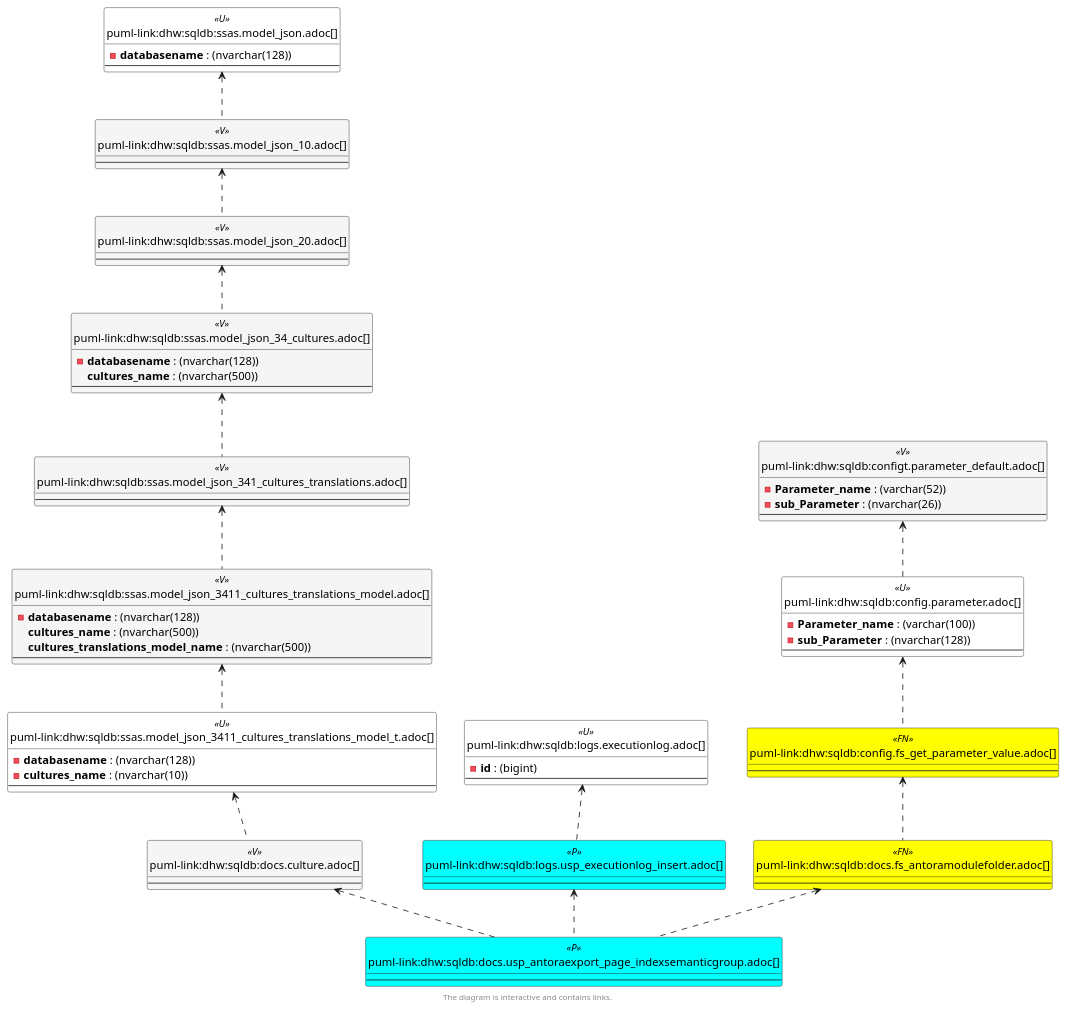
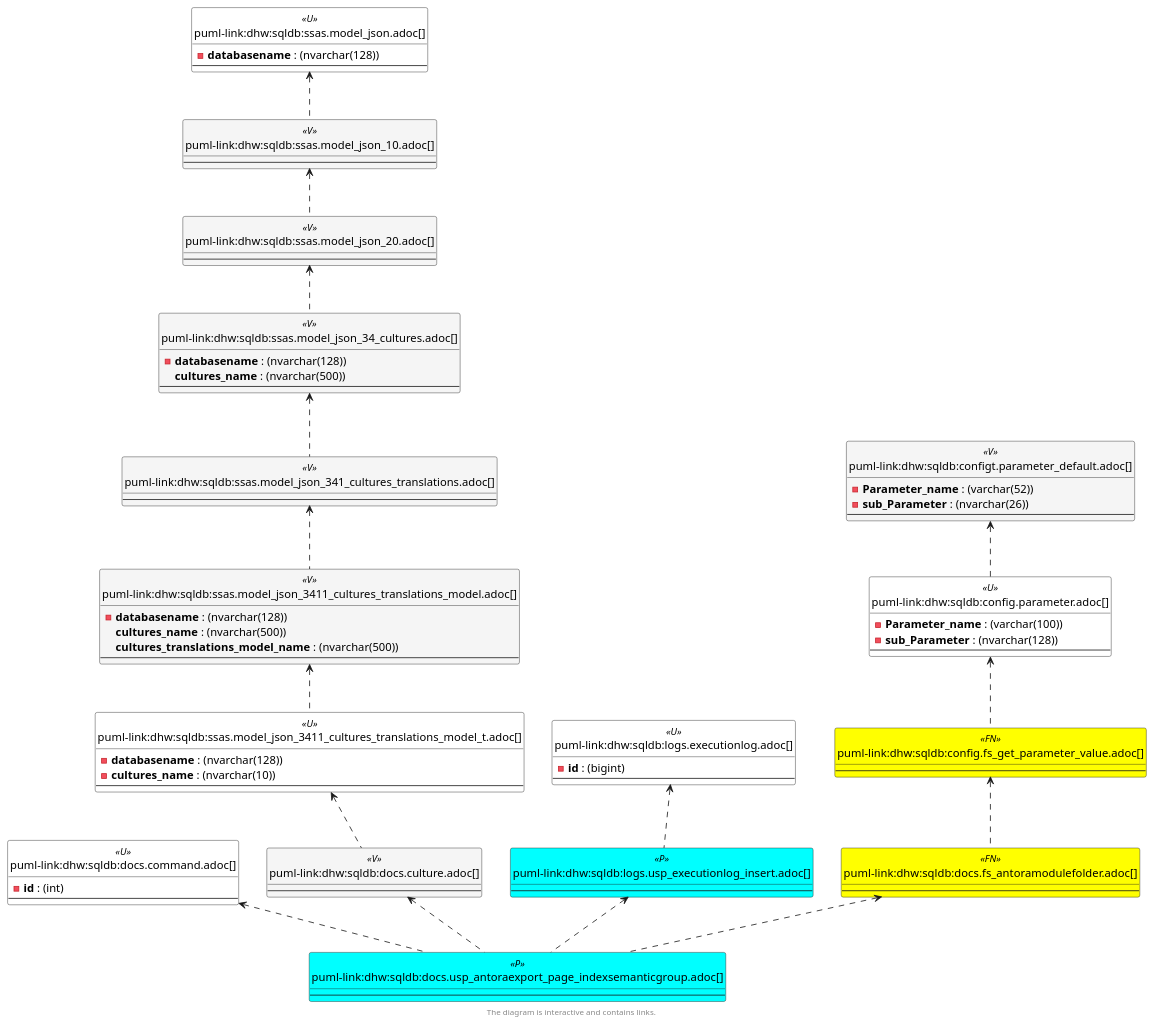
The fourth of 6 diagrams in docs/modules/sqldb/partials/content/docs.usp_antoraexport_page_indexsemanticgroup.adoc (DataHandwerk/dhw-antora-sqldb), drawn with PlantUML before and after one commit. The commit also changed other lines of this file and 701 other files, not shown here.

```diff
--- a/docs/modules/sqldb/partials/content/docs.usp_antoraexport_page_indexsemanticgroup.adoc
+++ b/docs/modules/sqldb/partials/content/docs.usp_antoraexport_page_indexsemanticgroup.adoc
@@ -730,6 +742,11 @@
 entity "puml-link:dhw:sqldb:configt.parameter_default.adoc[]" as configT.Parameter_default << V >> {
   - **Parameter_name** : (varchar(52))
   - **sub_Parameter** : (nvarchar(26))
+  --
+}
+
+entity "puml-link:dhw:sqldb:docs.command.adoc[]" as docs.command << U >> {
+  - **id** : (int)
   --
 }
 
@@ -793,6 +810,7 @@
 config.fs_get_parameter_value <.. docs.fs_AntoraModuleFolder
 config.Parameter <.. config.fs_get_parameter_value
 configT.Parameter_default <.. config.Parameter
+docs.command <.. docs.usp_AntoraExport_Page_IndexSemanticGroup
 docs.Culture <.. docs.usp_AntoraExport_Page_IndexSemanticGroup
 docs.fs_AntoraModuleFolder <.. docs.usp_AntoraExport_Page_IndexSemanticGroup
 logs.ExecutionLog <.. logs.usp_ExecutionLog_insert
```
